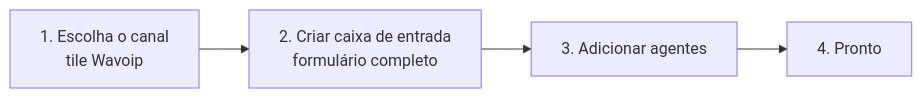
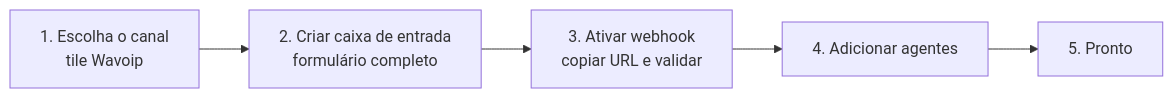
One commit to cesar-carlos/chatwoot changed the diagram in doc/feature/whatsapp-voice/wavoip-provider/inbox-setup.md. Above: the diagram before and after it, drawn with Mermaid. The commit also changed other lines of this file and 25 other files, not shown here.

````diff
--- a/doc/feature/whatsapp-voice/wavoip-provider/inbox-setup.md
+++ b/doc/feature/whatsapp-voice/wavoip-provider/inbox-setup.md
@@ -13,9 +15,10 @@
 ```mermaid
 flowchart LR
   S1["1. Escolha o canal<br/>tile Wavoip"]
   S2["2. Criar caixa de entrada<br/>formulário completo"]
-  S3["3. Adicionar agentes"]
-  S4["4. Pronto"]
+  S3["3. Ativar webhook<br/>copiar URL e validar"]
+  S4["4. Adicionar agentes"]
+  S5["5. Pronto"]
 
-  S1 --> S2 --> S3 --> S4
+  S1 --> S2 --> S3 --> S4 --> S5
 ```
````
